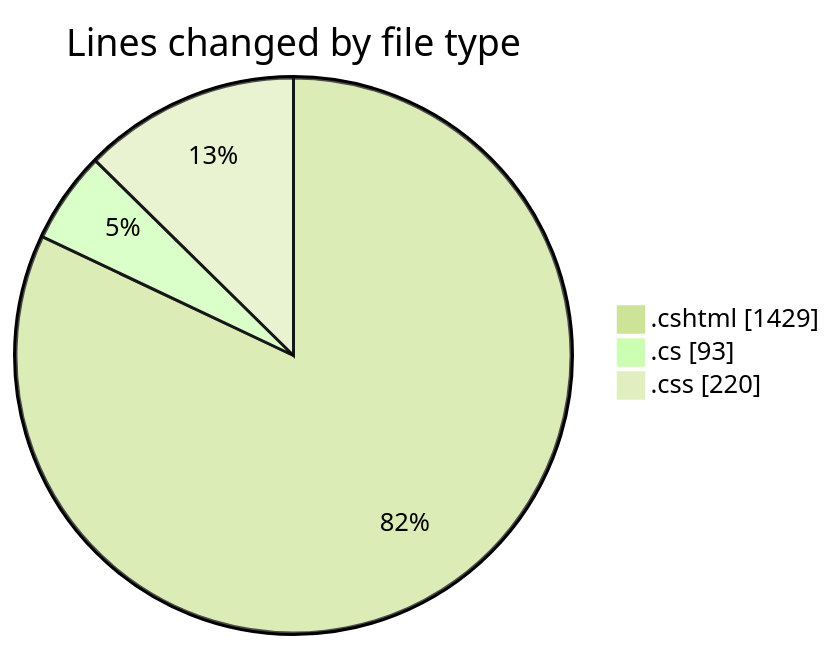
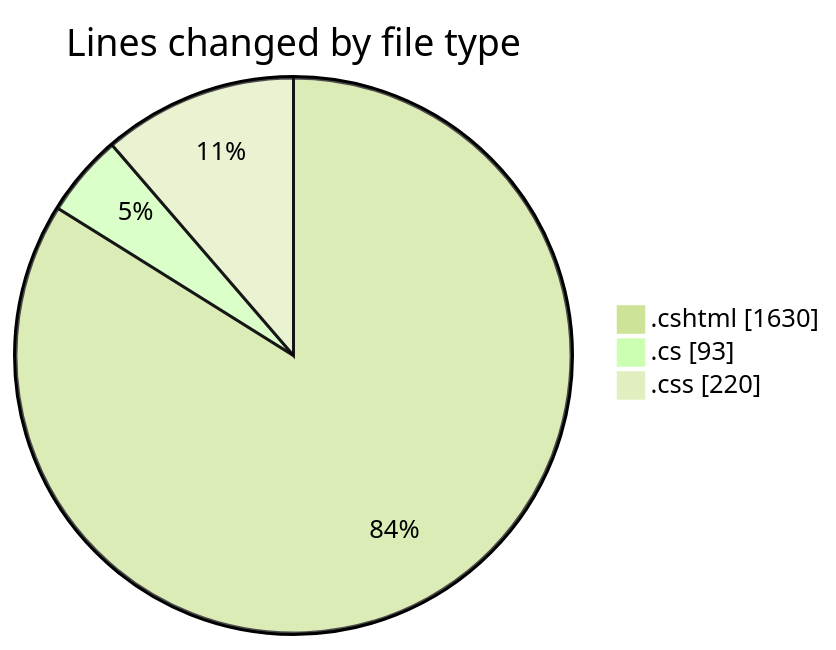
One commit to lephambinh05/code-tracking changed the first of 2 diagrams in 2025-07-20/nhahang/README.md. Above: the diagram before and after it, drawn with Mermaid (forest theme). The commit also changed other lines of this file and 1 other file, not shown here.

````diff
--- a/2025-07-20/nhahang/README.md
+++ b/2025-07-20/nhahang/README.md
@@ -26,7 +26,7 @@
 ```mermaid
 pie showData
 title Lines changed by file type
-".cshtml" : 1429
+".cshtml" : 1630
 ".cs" : 93
 ".css" : 220
 ```
````
